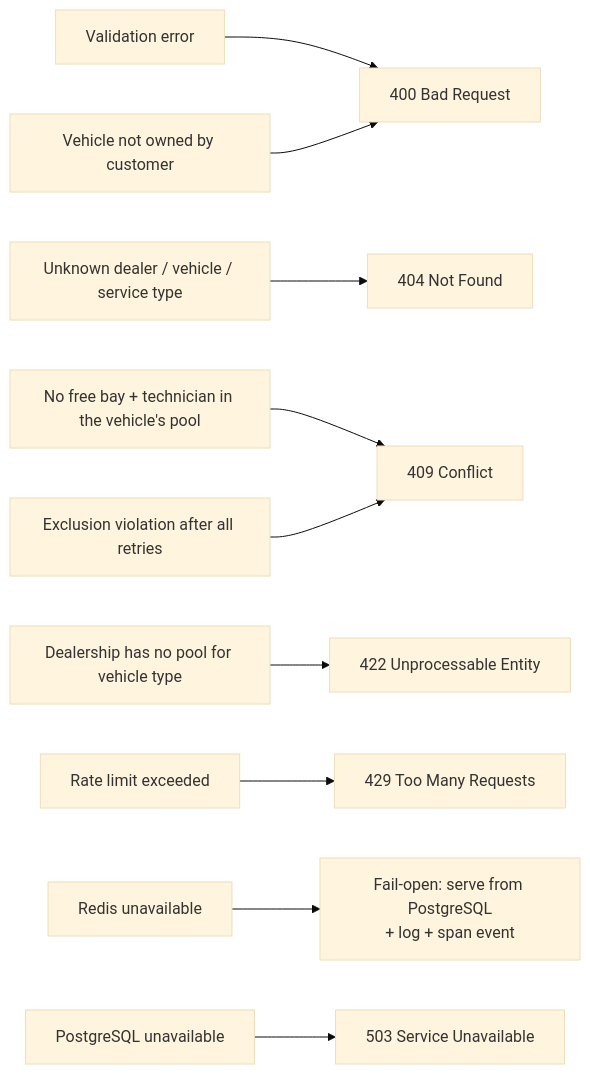
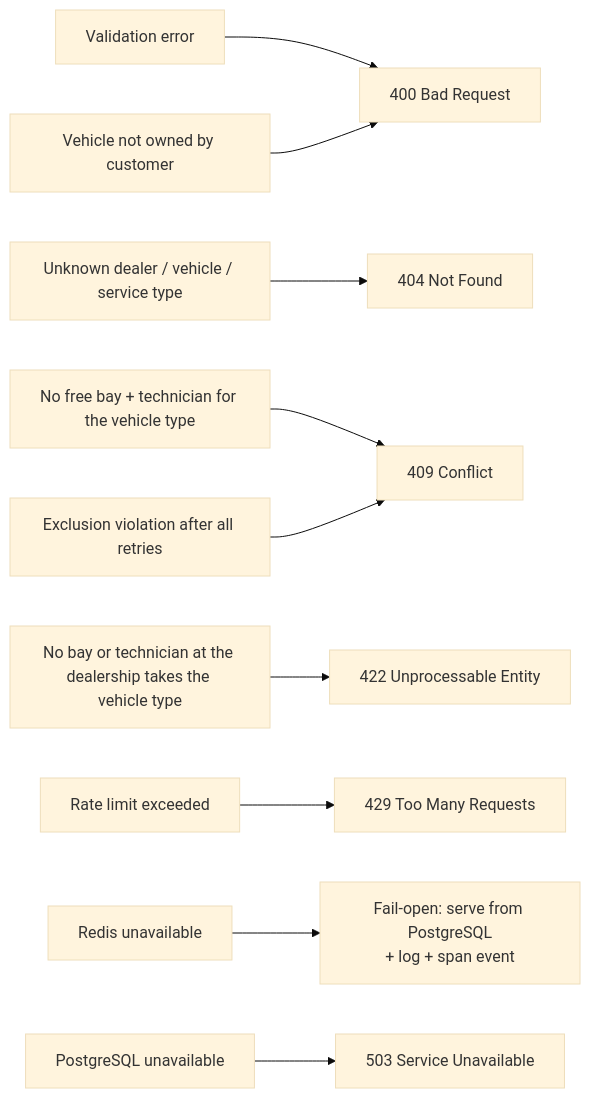
One commit to Rubynam/keyloop changed the diagram in docs/diagrams/dld/11-error-handling.mermaid. Above: the diagram before and after it, drawn with Mermaid (base theme). The commit also changed 40 other files, not shown here.

```diff
--- a/docs/diagrams/dld/11-error-handling.mermaid
+++ b/docs/diagrams/dld/11-error-handling.mermaid
@@ -1,10 +1,10 @@
 flowchart LR
     E1["Validation error"] --> H1["400 Bad Request"]
     E2["Unknown dealer / vehicle / service type"] --> H2["404 Not Found"]
     E3["Vehicle not owned by customer"] --> H1
-    E4["No free bay + technician in the vehicle's pool"] --> H3["409 Conflict"]
-    E9["Dealership has no pool for vehicle type"] --> H7["422 Unprocessable Entity"]
+    E4["No free bay + technician for the vehicle type"] --> H3["409 Conflict"]
+    E9["No bay or technician at the dealership takes the vehicle type"] --> H7["422 Unprocessable Entity"]
     E5["Exclusion violation after all retries"] --> H3
     E6["Rate limit exceeded"] --> H4["429 Too Many Requests"]
     E7["Redis unavailable"] --> H5["Fail-open: serve from PostgreSQL<br/>+ log + span event"]
     E8["PostgreSQL unavailable"] --> H6["503 Service Unavailable"]
```
